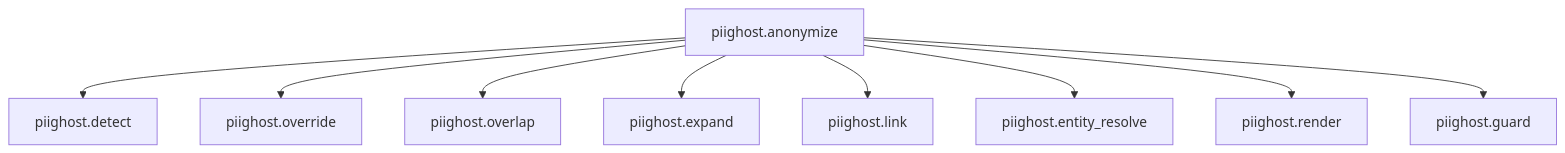
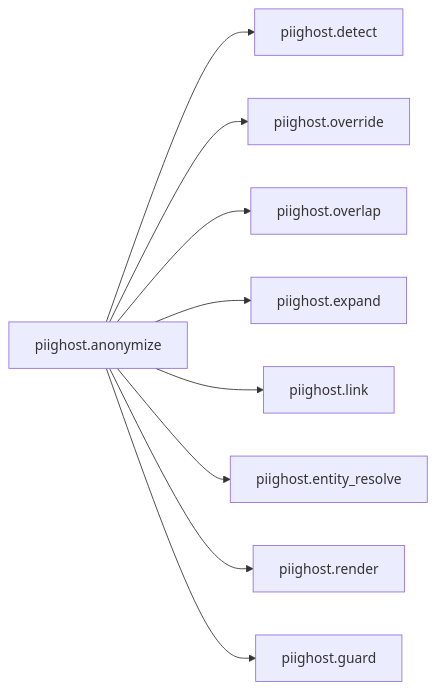
One commit to Athroniaeth/piighost changed the diagram in docs/en/observation.md. Above: the diagram before and after it, drawn with Mermaid. The commit also changed 139 other files, not shown here.

````diff
--- a/docs/en/observation.md
+++ b/docs/en/observation.md
@@ -45,11 +45,11 @@
 ```mermaid
-flowchart TD
+flowchart LR
     A[piighost.anonymize] --> B[piighost.detect]
     A --> C[piighost.override]
     A --> D[piighost.overlap]
     A --> E[piighost.expand]
     A --> F[piighost.link]
     A --> G[piighost.entity_resolve]
     A --> H[piighost.render]
     A --> I[piighost.guard]
 ```
````
